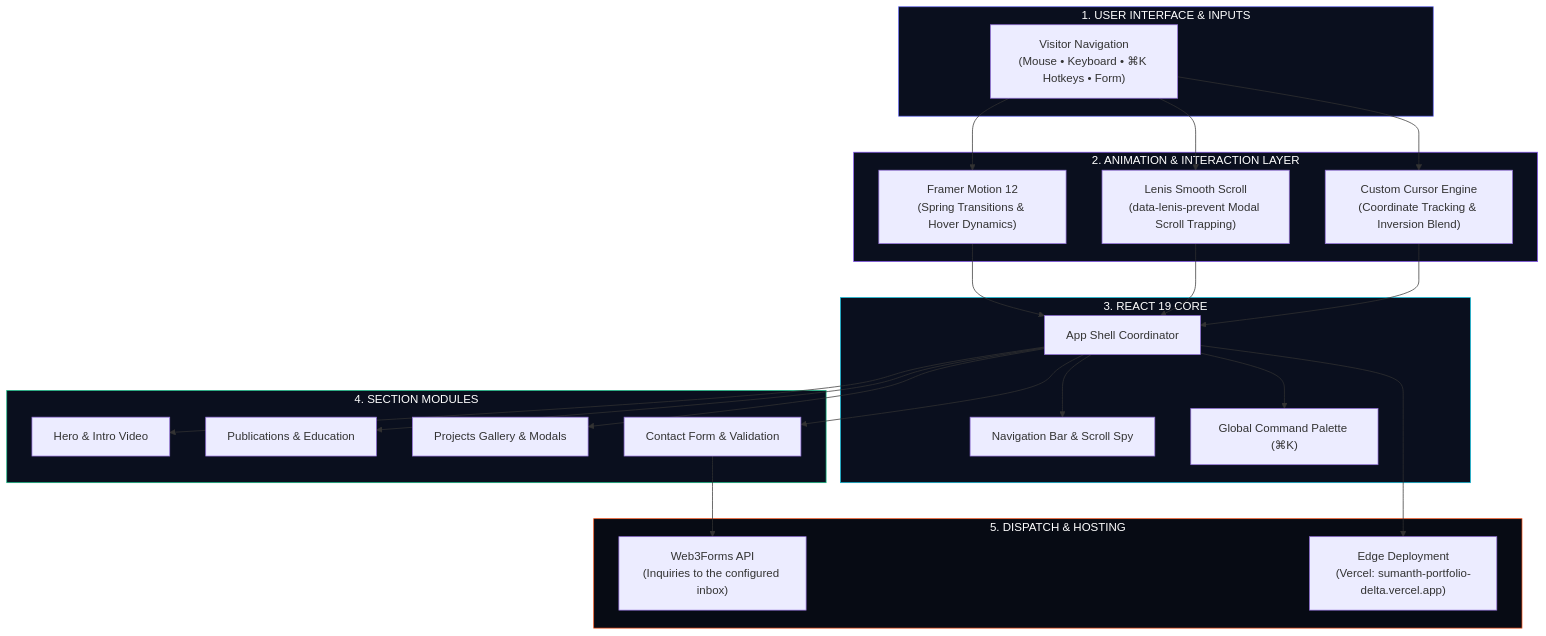
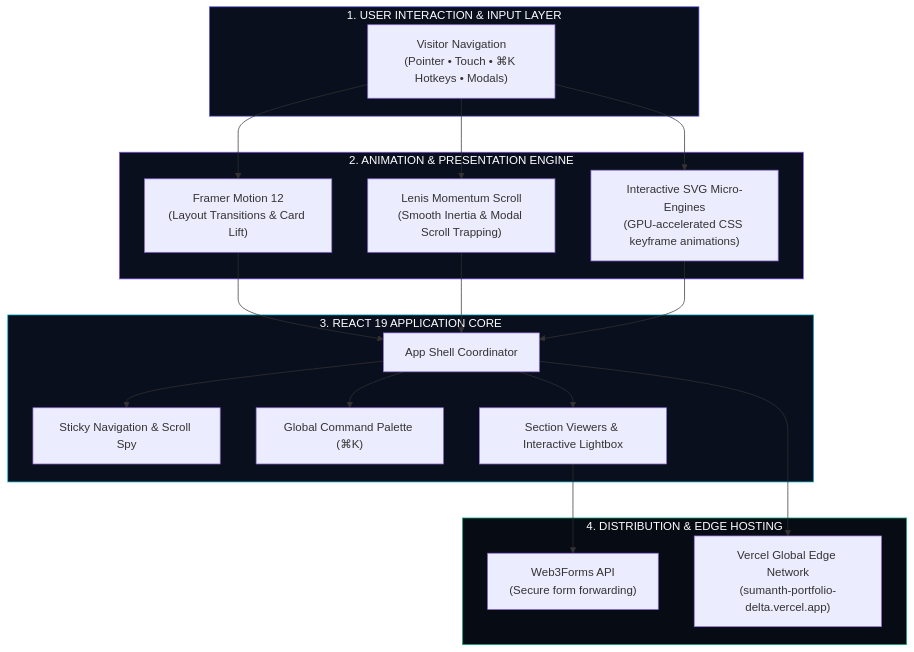
Before and after one commit to SumanthMamidi-MNS/Portfolio: the diagram in README.md, drawn with Mermaid. The commit also changed other lines of this file and 1 other file, not shown here.

Commit message:
feat(projects,docs): restore animated vector marks, increase card logo sizing, and modernize public README

````diff
--- a/README.md
+++ b/README.md
@@ -79,58 +59,45 @@
 ```mermaid
 flowchart TD
-    %% Input
-    subgraph S1 ["1. USER INTERFACE & INPUTS"]
-        A["Visitor Navigation<br/>(Mouse • Keyboard • ⌘K Hotkeys • Form)"]
+    %% User Inputs
+    subgraph UI ["1. USER INTERACTION & INPUT LAYER"]
+        A["Visitor Navigation<br/>(Pointer • Touch • ⌘K Hotkeys • Modals)"]
     end
 
-    %% Interaction Layer
-    subgraph S2 ["2. ANIMATION & INTERACTION LAYER"]
-        B["Framer Motion 12<br/>(Spring Transitions & Hover Dynamics)"]
-        C["Lenis Smooth Scroll<br/>(data-lenis-prevent Modal Scroll Trapping)"]
-        D["Custom Cursor Engine<br/>(Coordinate Tracking & Inversion Blend)"]
+    %% Engine Layer
+    subgraph ENG ["2. ANIMATION & PRESENTATION ENGINE"]
+        B["Framer Motion 12<br/>(Layout Transitions & Card Lift)"]
+        C["Lenis Momentum Scroll<br/>(Smooth Inertia & Modal Scroll Trapping)"]
+        D["Interactive SVG Micro-Engines<br/>(GPU-accelerated CSS keyframe animations)"]
     end
 
-    %% Core App
-    subgraph S3 ["3. REACT 19 CORE"]
+    %% React Core
+    subgraph CORE ["3. REACT 19 APPLICATION CORE"]
         E["App Shell Coordinator"]
-        F["Navigation Bar & Scroll Spy"]
+        F["Sticky Navigation & Scroll Spy"]
         G["Global Command Palette (⌘K)"]
+        H["Section Viewers & Interactive Lightbox"]
     end
 
-    %% Sections
-    subgraph S4 ["4. SECTION MODULES"]
-        H["Hero & Intro Video"]
-        I["Publications & Education"]
-        J["Projects Gallery & Modals"]
-        K["Contact Form & Validation"]
+    %% Deployment
+    subgraph DEP ["4. DISTRIBUTION & EDGE HOSTING"]
+        I["Web3Forms API<br/>(Secure form forwarding)"]
+        J["Vercel Global Edge Network<br/>(sumanth-portfolio-delta.vercel.app)"]
     end
 
-    %% Delivery
-    subgraph S5 ["5. DISPATCH & HOSTING"]
-        L["Web3Forms API<br/>(Inquiries to the configured inbox)"]
-        M["Edge Deployment<br/>(Vercel: sumanth-portfolio-delta.vercel.app)"]
-    end
-
-    %% Connections
     A --> B
     A --> C
     A --> D
     B --> E
     C --> E
     D --> E
     E --> F
     E --> G
     E --> H
-    E --> I
+    H --> I
     E --> J
-    E --> K
-    K --> L
-    E --> M
 
-    %% Obsidian Dark Palette
-    style S1 fill:#0A0F1E,stroke:#6366F1,stroke-width:1px,color:#fff
-    style S2 fill:#0A0F1E,stroke:#8B5CF6,stroke-width:1px,color:#fff
-    style S3 fill:#0A0F1E,stroke:#06B6D4,stroke-width:1px,color:#fff
-    style S4 fill:#0A0F1E,stroke:#10B981,stroke-width:1px,color:#fff
-    style S5 fill:#070B14,stroke:#FA541C,stroke-width:1px,color:#fff
+    style UI fill:#0A0F1E,stroke:#6366F1,stroke-width:1px,color:#fff
+    style ENG fill:#0A0F1E,stroke:#8B5CF6,stroke-width:1px,color:#fff
+    style CORE fill:#0A0F1E,stroke:#06B6D4,stroke-width:1px,color:#fff
+    style DEP fill:#070B14,stroke:#10B981,stroke-width:1px,color:#fff
 ```
````
